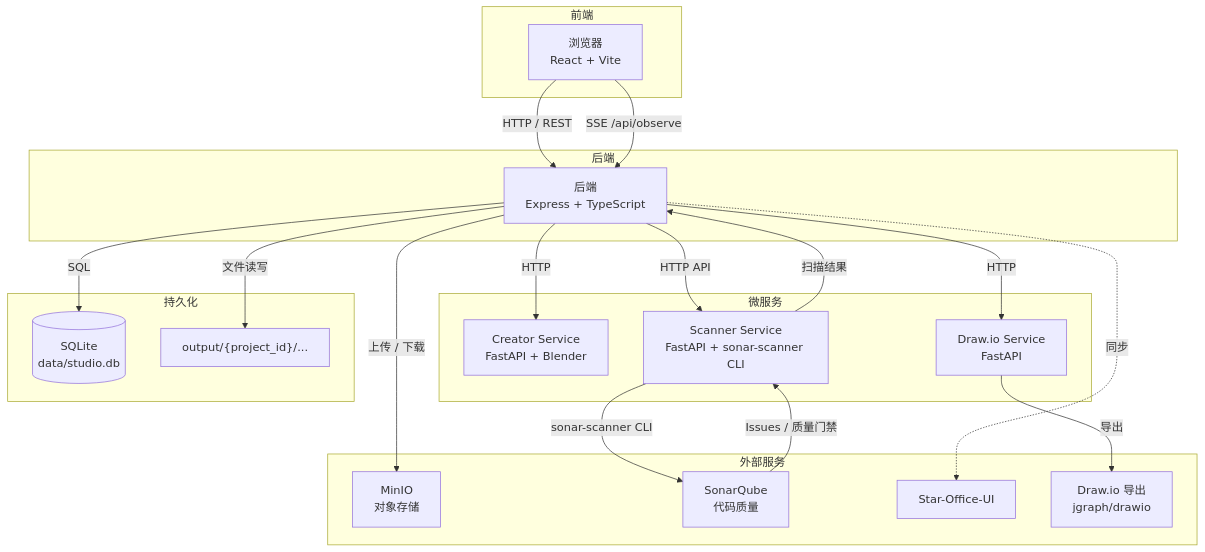
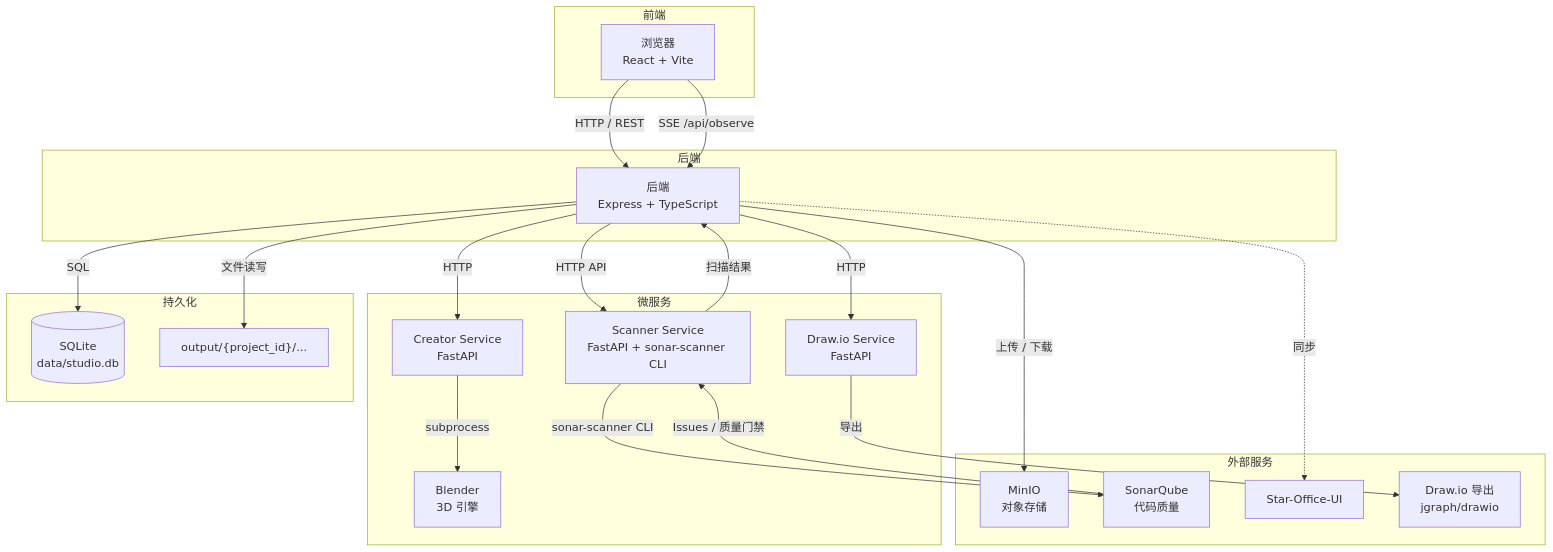
Before and after one commit to luoxiaojun1992/game-studio: the diagram in docs/ARCHITECTURE.zh-CN.md, drawn with Mermaid. The commit also changed 1 other file, not shown here.

Commit message:
docs: add Blender node to mermaid architecture diagram
- separate Blender 3D Engine from Creator Service as explicit node
- show Creator -> subprocess -> Blender connection in both EN/CN diagrams

````diff
--- a/docs/ARCHITECTURE.zh-CN.md
+++ b/docs/ARCHITECTURE.zh-CN.md
@@ -18,44 +18,46 @@
 ```mermaid
 graph TB
     subgraph "前端"
         Browser["浏览器<br/>React + Vite"]
     end
 
     subgraph "后端"
         BE["后端<br/>Express + TypeScript"]
     end
 
     subgraph "外部服务"
         MinIO["MinIO<br/>对象存储"]
         Sonar["SonarQube<br/>代码质量"]
         StarOffice["Star-Office-UI"]
         DrawioExport["Draw.io 导出<br/>jgraph/drawio"]
     end
 
     subgraph "微服务"
-        Creator["Creator Service<br/>FastAPI + Blender"]
+        Creator["Creator Service<br/>FastAPI"]
+        Blender["Blender<br/>3D 引擎"]
         Drawio["Draw.io Service<br/>FastAPI"]
         Scanner["Scanner Service<br/>FastAPI + sonar-scanner CLI"]
     end
 
     subgraph "持久化"
         SQLite[("SQLite<br/>data/studio.db")]
         Output["output/{project_id}/..."]
     end
 
     Browser -->|HTTP / REST| BE
     Browser -->|SSE /api/observe| BE
 
     BE -->|HTTP| Creator
     BE -->|HTTP| Drawio
     BE -->|上传 / 下载| MinIO
     BE -->|SQL| SQLite
     BE -->|文件读写| Output
     BE -->|HTTP API| Scanner
     BE -.->|同步| StarOffice
+    Creator -->|subprocess| Blender
     Drawio -->|导出| DrawioExport
 
     Scanner -->|sonar-scanner CLI| Sonar
     Sonar -->|Issues / 质量门禁| Scanner
     Scanner -->|扫描结果| BE
 ```
````
